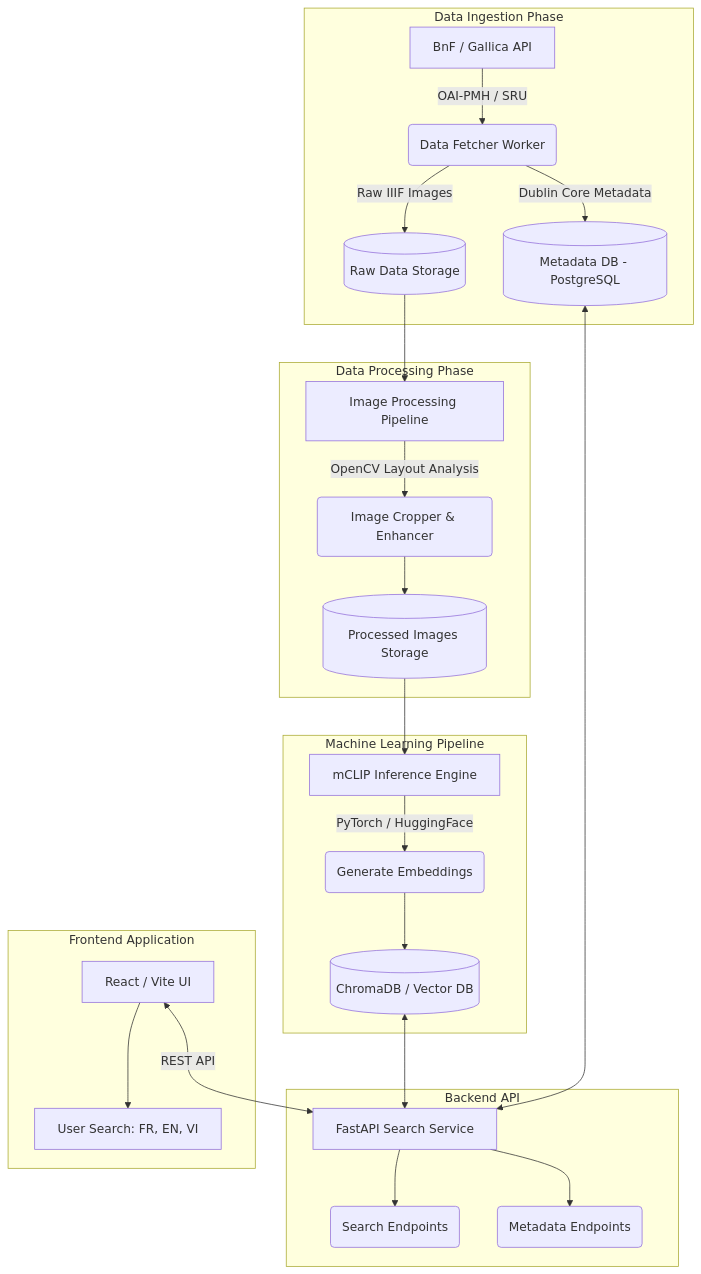
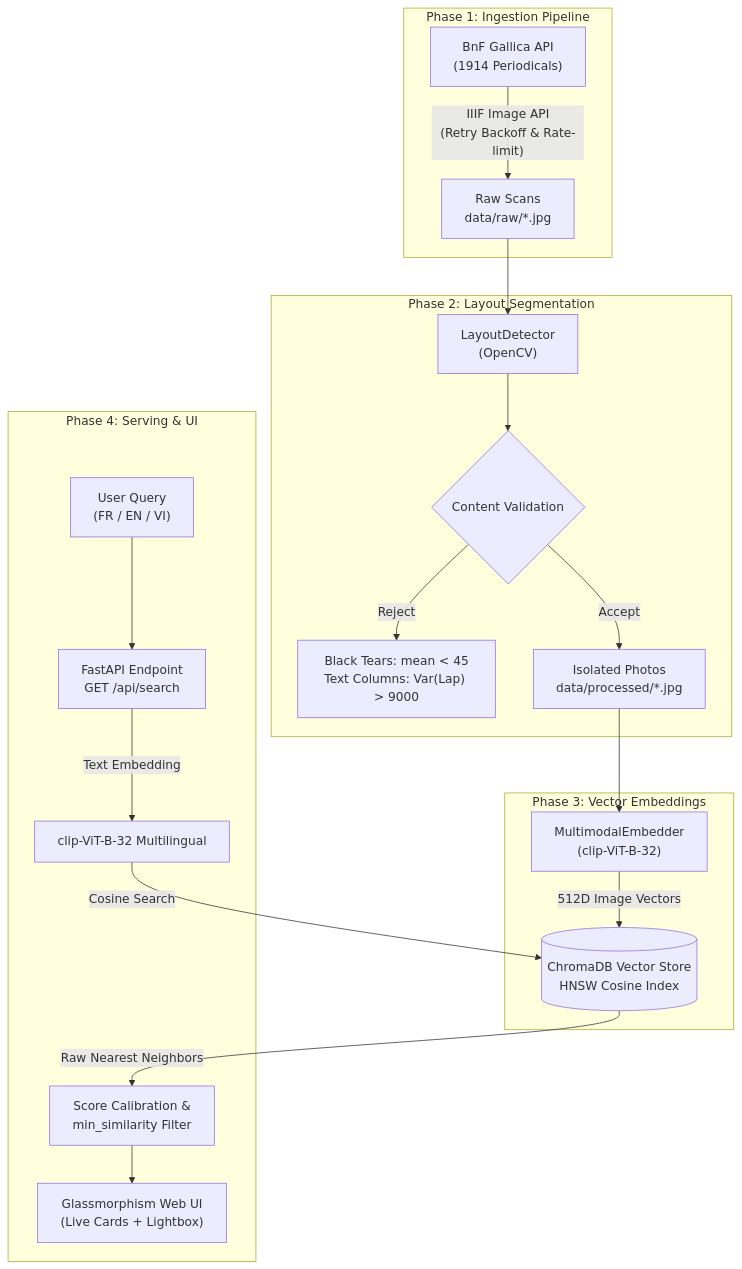
One commit to TrAChg/news-search changed the diagram in README.md. Above: the diagram before and after it, drawn with Mermaid. The commit also changed other lines of this file and 2 other files, not shown here.

Commit message:
docs: enrich README with visual demos, architecture, and CV deep-dives

````diff
--- a/README.md
+++ b/README.md
@@ -22,32 +45,26 @@
 ```mermaid
-graph TD
-    subgraph Data Ingestion Phase
-        A[BnF / Gallica API] -->|OAI-PMH / SRU| B(Data Fetcher Worker)
-        B -->|Raw IIIF Images| C[(Raw Data Storage)]
-        B -->|Dublin Core Metadata| D[(Metadata DB - PostgreSQL)]
+flowchart TD
+    subgraph Data_Collection ["Phase 1: Ingestion Pipeline"]
+        A["BnF Gallica API<br/>(1914 Periodicals)"] -->|"IIIF Image API<br/>(Retry Backoff & Rate-limit)"| B["Raw Scans<br/>data/raw/*.jpg"]
     end
 
-    subgraph Data Processing Phase
-        C --> E[Image Processing Pipeline]
-        E -->|OpenCV Layout Analysis| F(Image Cropper & Enhancer)
-        F --> G[(Processed Images Storage)]
+    subgraph Computer_Vision ["Phase 2: Layout Segmentation"]
+        B --> C["LayoutDetector<br/>(OpenCV)"]
+        C --> D{"Content Validation"}
+        D -->|"Reject"| D1["Black Tears: mean < 45<br/>Text Columns: Var(Lap) > 9000"]
+        D -->|"Accept"| E["Isolated Photos<br/>data/processed/*.jpg"]
     end
 
-    subgraph Machine Learning Pipeline
-        G --> H[mCLIP Inference Engine]
-        H -->|PyTorch / HuggingFace| I(Generate Embeddings)
-        I --> J[(ChromaDB / Vector DB)]
+    subgraph Machine_Learning ["Phase 3: Vector Embeddings"]
+        E --> F["MultimodalEmbedder<br/>(clip-ViT-B-32)"]
+        F -->|"512D Image Vectors"| G[("ChromaDB Vector Store<br/>HNSW Cosine Index")]
     end
 
-    subgraph Backend API
-        J <--> K[FastAPI Search Service]
-        D <--> K
-        K --> L(Search Endpoints)
-        K --> M(Metadata Endpoints)
-    end
-
-    subgraph Frontend Application
-        N[React / Vite UI] <-->|REST API| K
-        N --> O[User Search: FR, EN, VI]
+    subgraph Serving_Layer ["Phase 4: Serving & UI"]
+        H["User Query<br/>(FR / EN / VI)"] --> I["FastAPI Endpoint<br/>GET /api/search"]
+        I -->|"Text Embedding"| J["clip-ViT-B-32 Multilingual"]
+        J -->|"Cosine Search"| G
+        G -->|"Raw Nearest Neighbors"| K["Score Calibration &<br/>min_similarity Filter"]
+        K --> L["Glassmorphism Web UI<br/>(Live Cards + Lightbox)"]
     end
 ```
````
